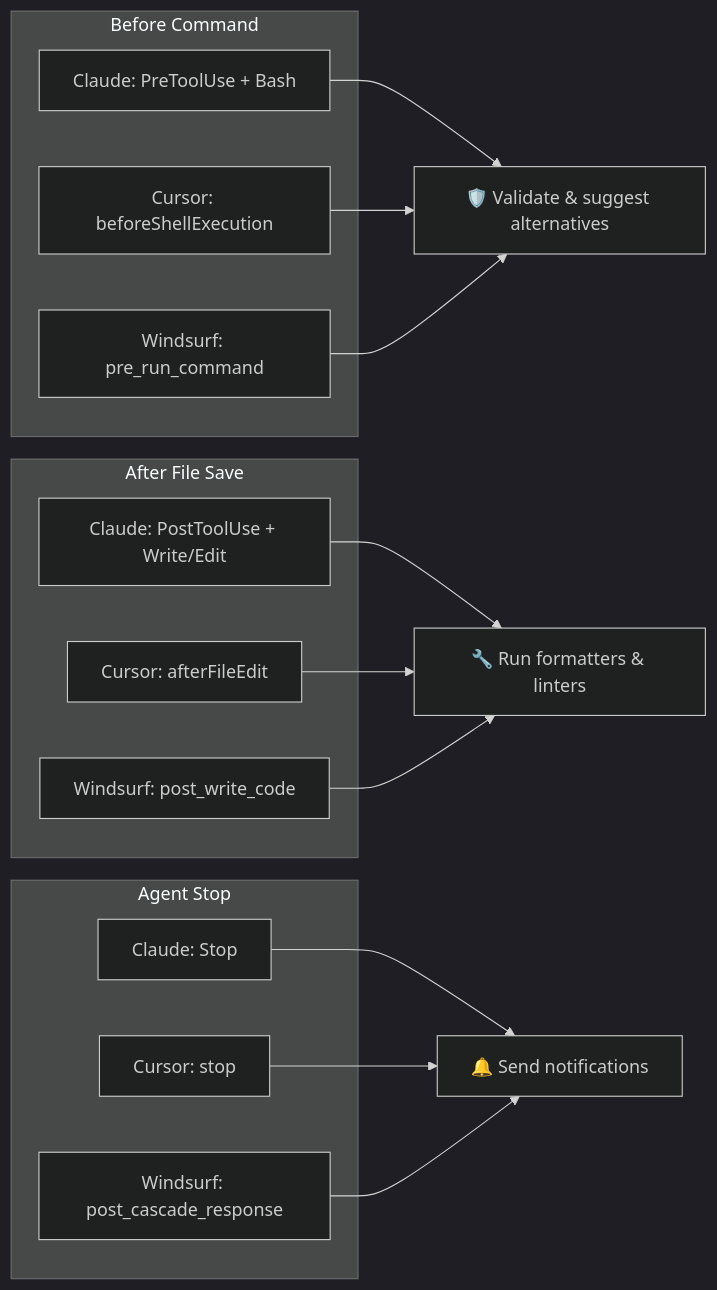
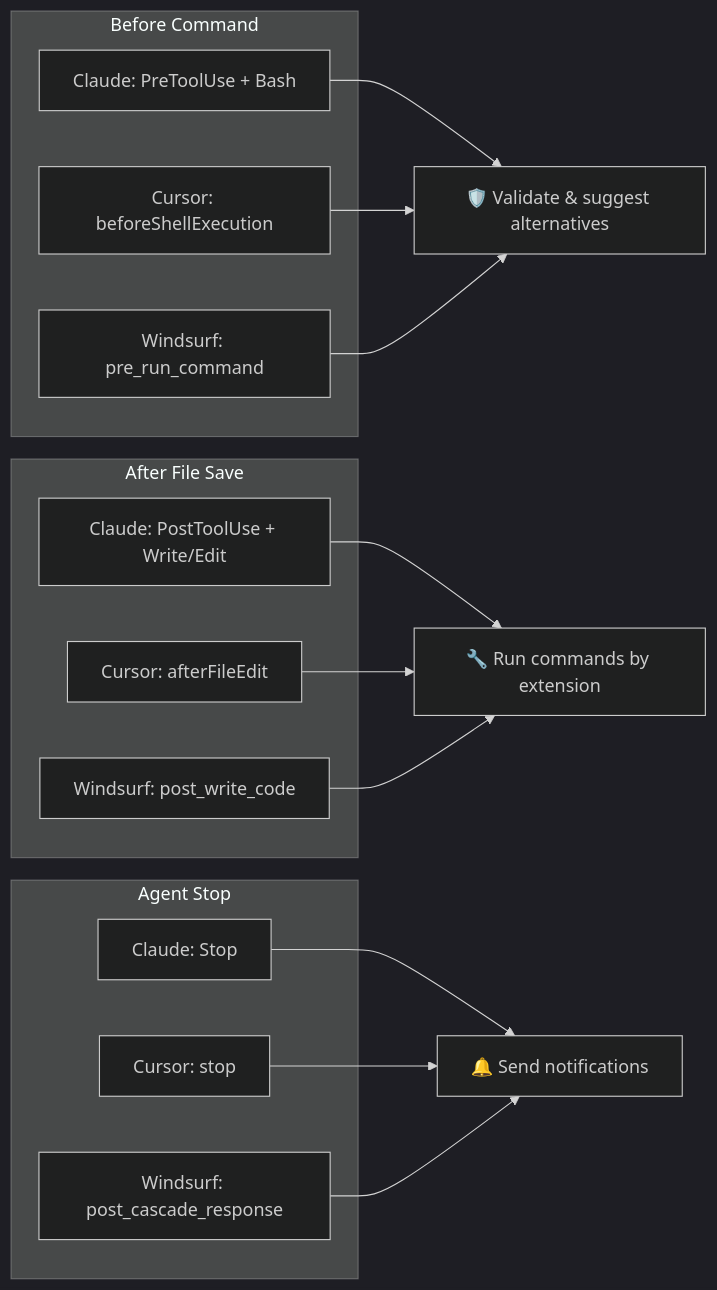
Before and after one commit to owayo/claw-hooks: the diagram in README.md, drawn with Mermaid (dark theme). The commit also changed 1 other file, not shown here.

Commit message:
docs: 拡張子別コマンド実行を図に反映

````diff
--- a/README.md
+++ b/README.md
@@ -505,32 +505,32 @@
 ```mermaid
 graph LR
     subgraph Before Command
         CC1[Claude: PreToolUse + Bash]
         CU1[Cursor: beforeShellExecution]
         WS1[Windsurf: pre_run_command]
     end
     CH1[🛡️ Validate & suggest alternatives]
     CC1 --> CH1
     CU1 --> CH1
     WS1 --> CH1
 
     subgraph After File Save
         CC2[Claude: PostToolUse + Write/Edit]
         CU2[Cursor: afterFileEdit]
         WS2[Windsurf: post_write_code]
     end
-    CH2[🔧 Run formatters & linters]
+    CH2[🔧 Run commands by extension]
     CC2 --> CH2
     CU2 --> CH2
     WS2 --> CH2
 
     subgraph Agent Stop
         CC3[Claude: Stop]
         CU3[Cursor: stop]
         WS3[Windsurf: post_cascade_response]
     end
     CH3[🔔 Send notifications]
     CC3 --> CH3
     CU3 --> CH3
     WS3 --> CH3
 ```
````
